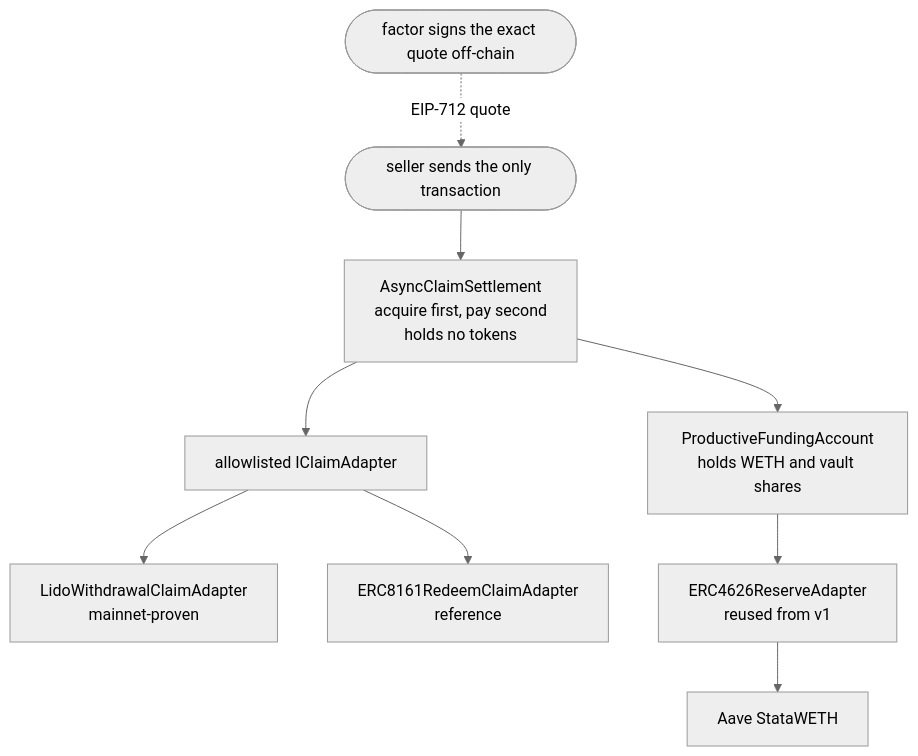
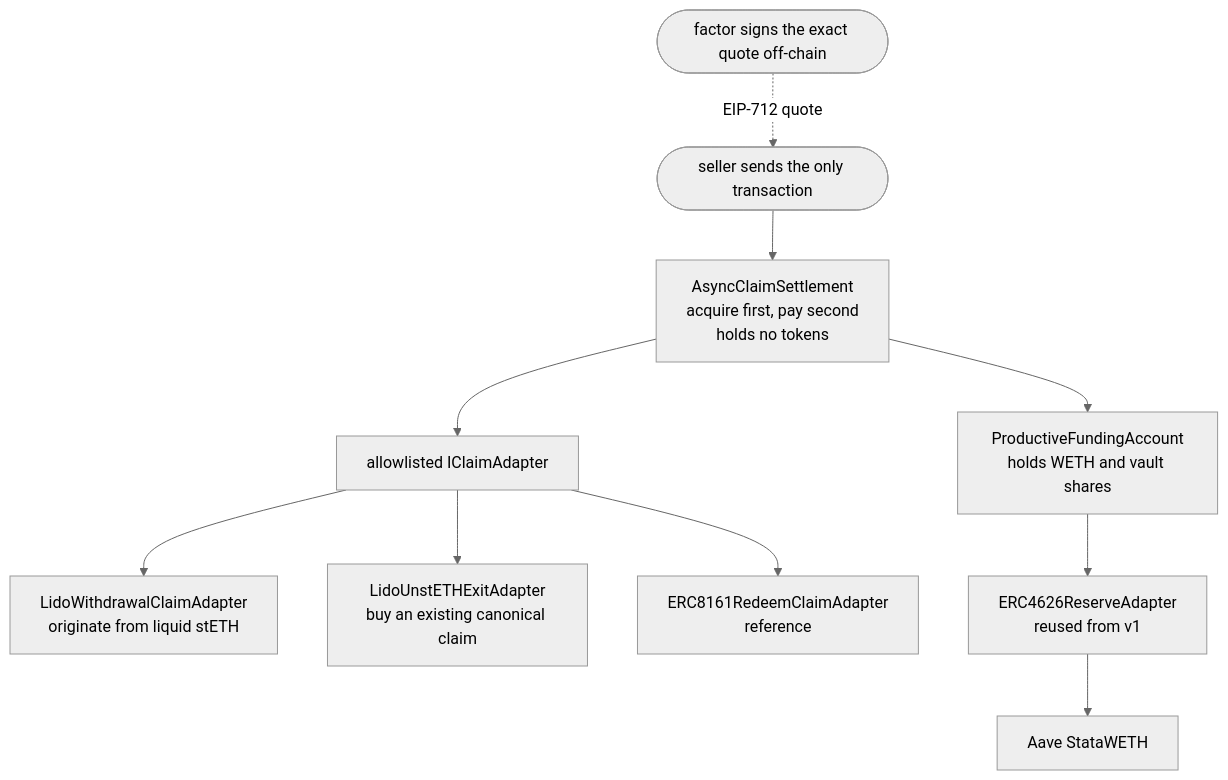
Before and after one commit to zkoranges/intentional: the second of 2 diagrams in README.md, drawn with Mermaid (neutral theme). The commit also changed 5 other files, not shown here.

````diff
--- a/README.md
+++ b/README.md
@@ -325,20 +325,22 @@
 ```mermaid
 flowchart TB
     FACTOR(["factor signs the exact quote off-chain"])
     SELLER(["seller sends the only transaction"])
     KERNEL["AsyncClaimSettlement<br/>acquire first, pay second<br/>holds no tokens"]
     ADAPTERS["allowlisted IClaimAdapter"]
-    LIDO["LidoWithdrawalClaimAdapter<br/>mainnet-proven"]
+    LIDO["LidoWithdrawalClaimAdapter<br/>originate from liquid stETH"]
+    UNSTETH["LidoUnstETHExitAdapter<br/>buy an existing canonical claim"]
     E8161["ERC8161RedeemClaimAdapter<br/>reference"]
     FUND["ProductiveFundingAccount<br/>holds WETH and vault shares"]
     RESERVE["ERC4626ReserveAdapter<br/>reused from v1"]
     AAVE["Aave StataWETH"]
 
     FACTOR -.->|"EIP-712 quote"| SELLER
     SELLER --> KERNEL
     KERNEL --> ADAPTERS
     KERNEL --> FUND
     ADAPTERS --> LIDO
+    ADAPTERS --> UNSTETH
     ADAPTERS --> E8161
     FUND --> RESERVE --> AAVE
 ```
````
